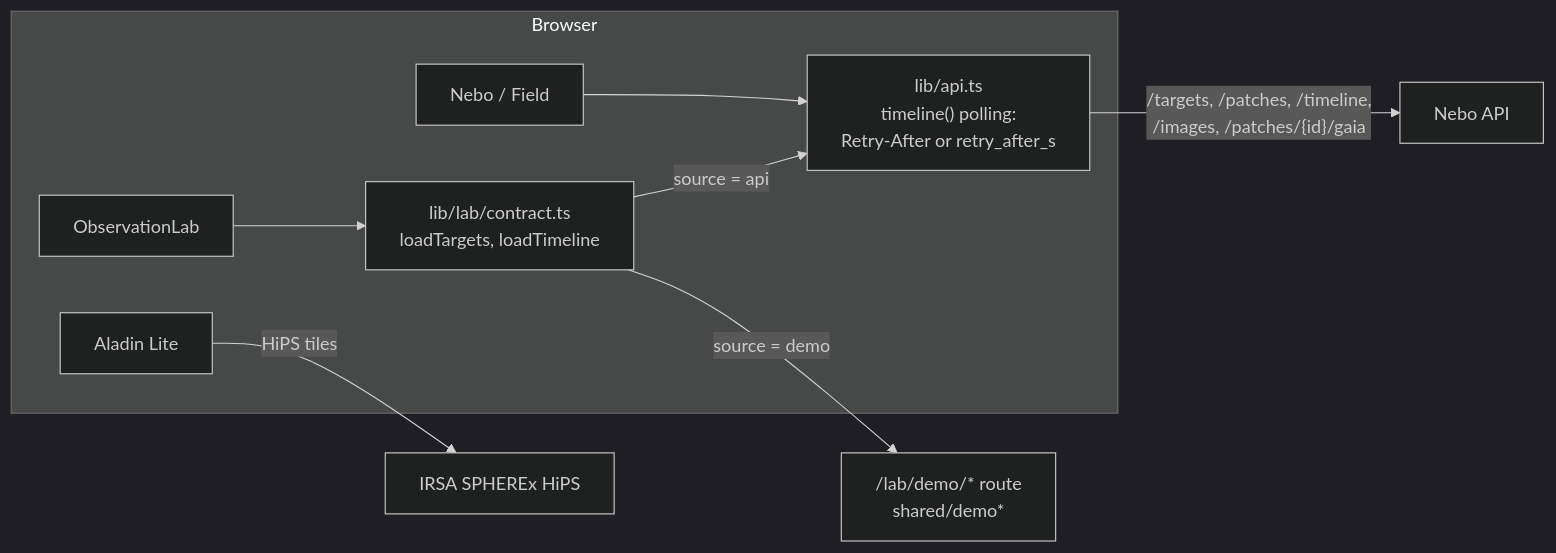
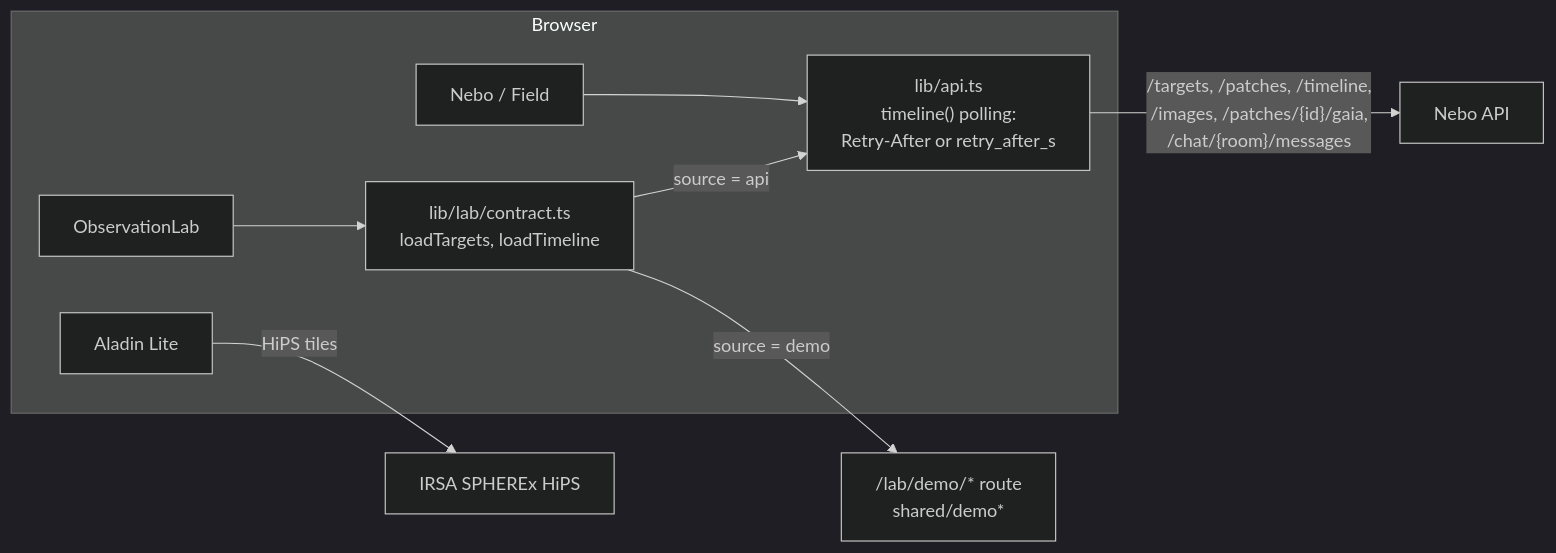
One commit to toroc07/nebo-app changed the tenth of 10 diagrams in docs/architecture.md. Above: the diagram before and after it, drawn with Mermaid (dark theme). The commit also changed other lines of this file and 17 other files, not shown here.

Commit message:
feat: public chat per catalogue object with server-side filters, console-styled chat and Back keys, Nebo tab icon

````diff
--- a/docs/architecture.md
+++ b/docs/architecture.md
@@ -459,16 +470,16 @@
 ```mermaid
 flowchart LR
   subgraph browser["Browser"]
     nebo["Nebo / Field"]
     lab["ObservationLab"]
     api_ts["lib/api.ts<br/>timeline() polling:<br/>Retry-After or retry_after_s"]
     contract["lib/lab/contract.ts<br/>loadTargets, loadTimeline"]
     aladin["Aladin Lite"]
   end
   nebo --> api_ts
   lab --> contract
   contract -- "source = api" --> api_ts
   contract -- "source = demo" --> demo["/lab/demo/* route<br/>shared/demo*"]
-  api_ts -- "/targets, /patches, /timeline,<br/>/images, /patches/{id}/gaia" --> api["Nebo API"]
+  api_ts -- "/targets, /patches, /timeline,<br/>/images, /patches/{id}/gaia,<br/>/chat/{room}/messages" --> api["Nebo API"]
   aladin -- "HiPS tiles" --> hips["IRSA SPHEREx HiPS"]
 ```
````
